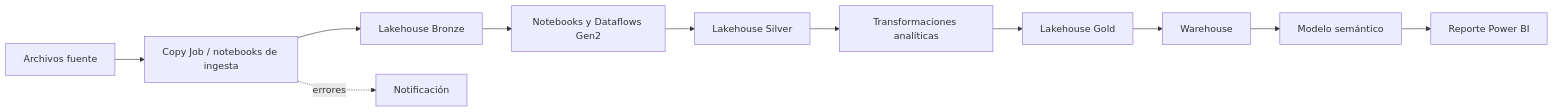
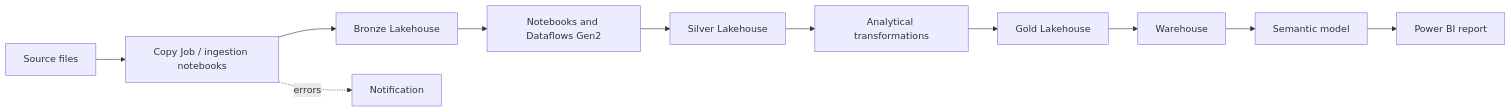
One commit to oscargbocanegra/Fabric_MIcrosoft_Projects_Training changed the diagram in README.md. Above: the diagram before and after it, drawn with Mermaid. The commit also changed other lines of this file, not shown here.

````diff
--- a/README.md
+++ b/README.md
@@ -15,13 +15,13 @@
 ```mermaid
 flowchart LR
-    A[Archivos fuente] --> B[Copy Job / notebooks de ingesta]
-    B --> C[Lakehouse Bronze]
-    C --> D[Notebooks y Dataflows Gen2]
-    D --> E[Lakehouse Silver]
-    E --> F[Transformaciones analíticas]
-    F --> G[Lakehouse Gold]
+    A[Source files] --> B[Copy Job / ingestion notebooks]
+    B --> C[Bronze Lakehouse]
+    C --> D[Notebooks and Dataflows Gen2]
+    D --> E[Silver Lakehouse]
+    E --> F[Analytical transformations]
+    F --> G[Gold Lakehouse]
     G --> H[Warehouse]
-    H --> I[Modelo semántico]
-    I --> J[Reporte Power BI]
-    B -.errores.-> K[Notificación]
+    H --> I[Semantic model]
+    I --> J[Power BI report]
+    B -. errors .-> K[Notification]
 ```
````
